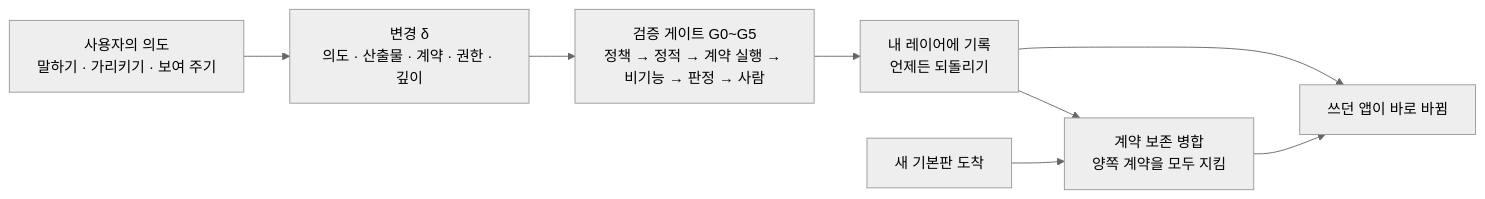
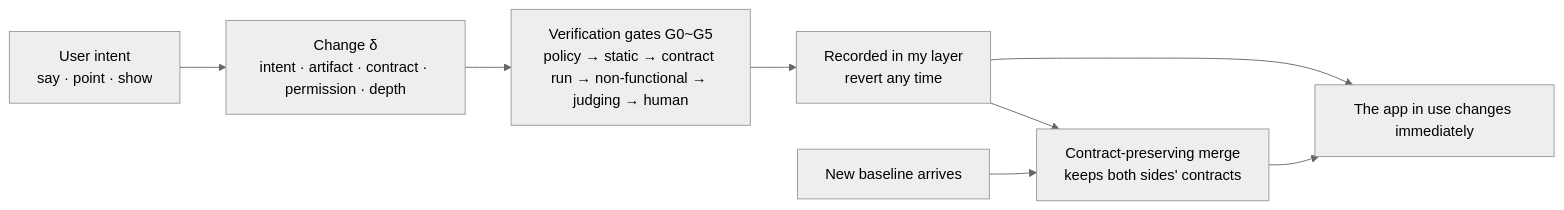
One commit to Hyunki6040/mallangable-ai changed the diagram in README.md. Above: the diagram before and after it, drawn with Mermaid (neutral theme). The commit also changed other lines of this file and 135 other files, not shown here.

````diff
--- a/README.md
+++ b/README.md
@@ -81,10 +87,10 @@
 ```mermaid
 flowchart LR
-  U["사용자의 의도<br/>말하기 · 가리키기 · 보여 주기"] --> D["변경 δ<br/>의도 · 산출물 · 계약 · 권한 · 깊이"]
-  D --> G["검증 게이트 G0~G5<br/>정책 → 정적 → 계약 실행 → 비기능 → 판정 → 사람"]
-  G --> L["내 레이어에 기록<br/>언제든 되돌리기"]
-  L --> A["쓰던 앱이 바로 바뀜"]
-  B["새 기본판 도착"] --> M["계약 보존 병합<br/>양쪽 계약을 모두 지킴"]
+  U["User intent<br/>say · point · show"] --> D["Change δ<br/>intent · artifact · contract · permission · depth"]
+  D --> G["Verification gates G0~G5<br/>policy → static → contract run → non-functional → judging → human"]
+  G --> L["Recorded in my layer<br/>revert any time"]
+  L --> A["The app in use changes immediately"]
+  B["New baseline arrives"] --> M["Contract-preserving merge<br/>keeps both sides' contracts"]
   L --> M
   M --> A
 ```
````
